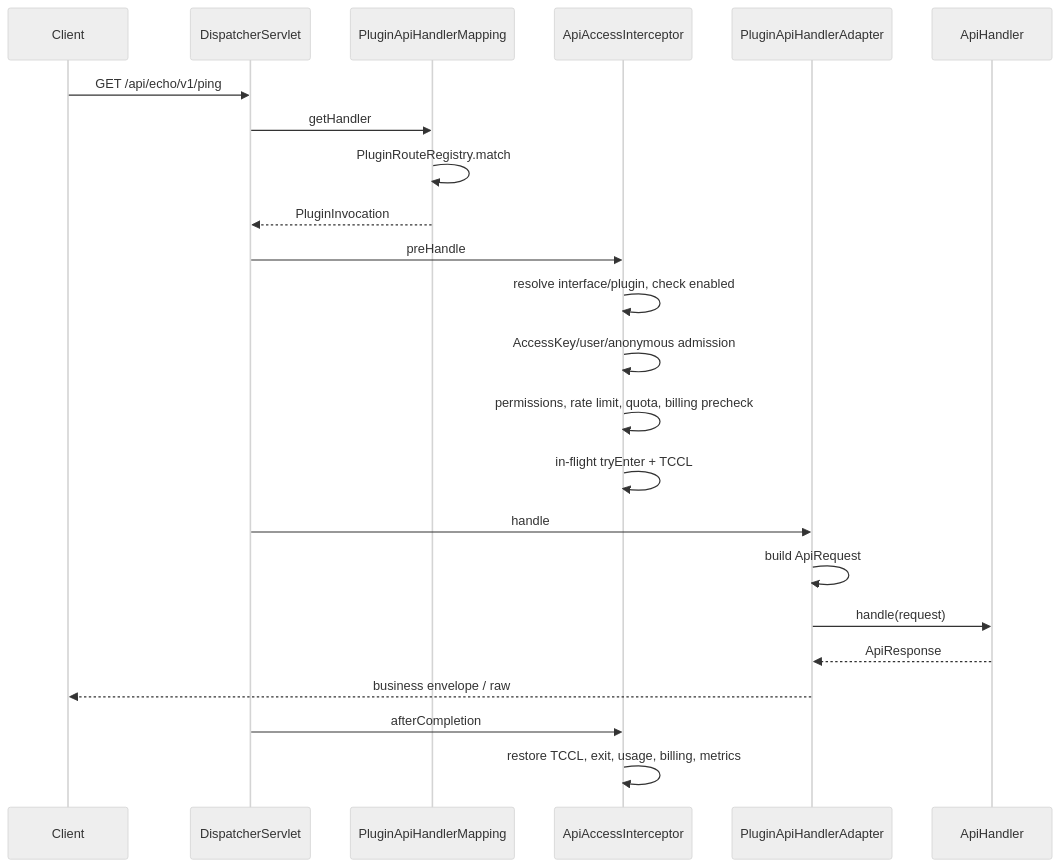
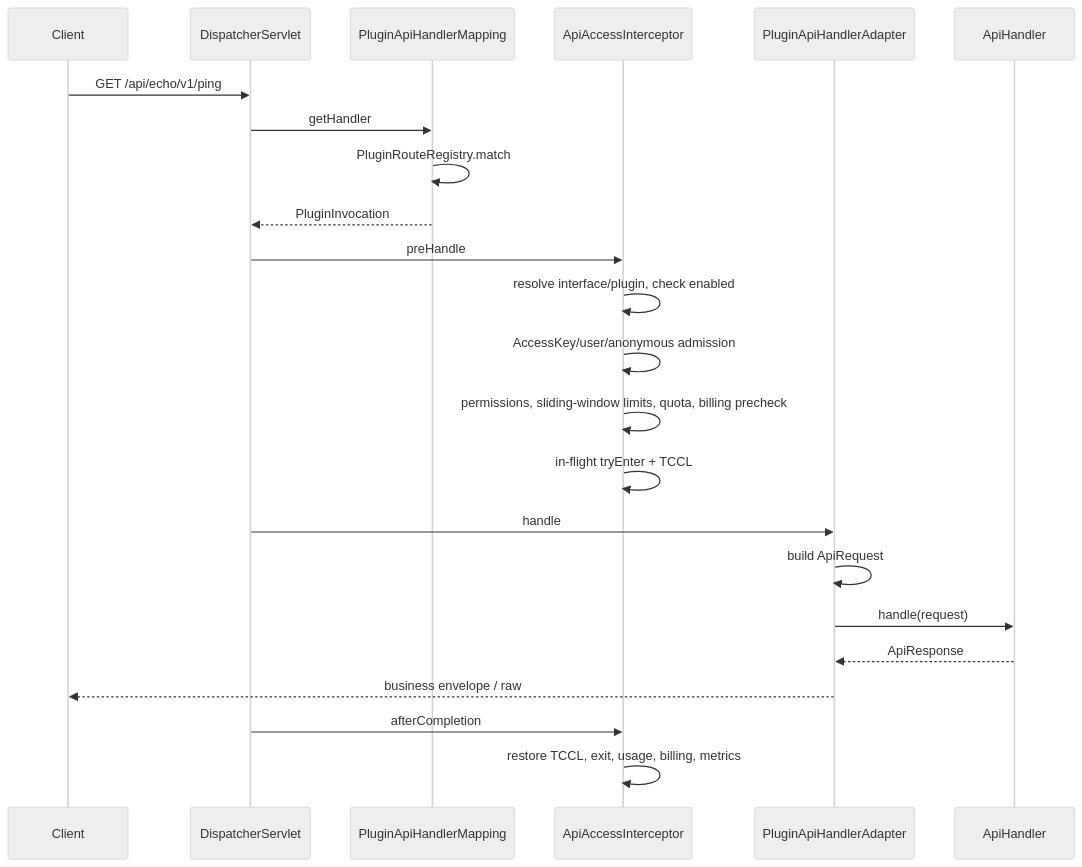
The sixth of 8 diagrams in docs/plugin-platform.md (FatttSnake/api-management), drawn with Mermaid (neutral theme) before and after one commit. The commit also changed other lines of this file and 40 other files, not shown here.

Commit message:
feat(api): support per-user rate limits and quotas

````diff
--- a/docs/plugin-platform.md
+++ b/docs/plugin-platform.md
@@ -369,26 +369,26 @@
 ```mermaid
 sequenceDiagram
     participant Client
     participant MVC as DispatcherServlet
     participant HM as PluginApiHandlerMapping
     participant AI as ApiAccessInterceptor
     participant AD as PluginApiHandlerAdapter
     participant H as ApiHandler
 
     Client->>MVC: GET /api/echo/v1/ping
     MVC->>HM: getHandler
     HM->>HM: PluginRouteRegistry.match
     HM-->>MVC: PluginInvocation
     MVC->>AI: preHandle
     AI->>AI: resolve interface/plugin, check enabled
     AI->>AI: AccessKey/user/anonymous admission
-    AI->>AI: permissions, rate limit, quota, billing precheck
+    AI->>AI: permissions, sliding-window limits, quota, billing precheck
     AI->>AI: in-flight tryEnter + TCCL
     MVC->>AD: handle
     AD->>AD: build ApiRequest
     AD->>H: handle(request)
     H-->>AD: ApiResponse
     AD-->>Client: business envelope / raw
     MVC->>AI: afterCompletion
     AI->>AI: restore TCCL, exit, usage, billing, metrics
 ```
````
